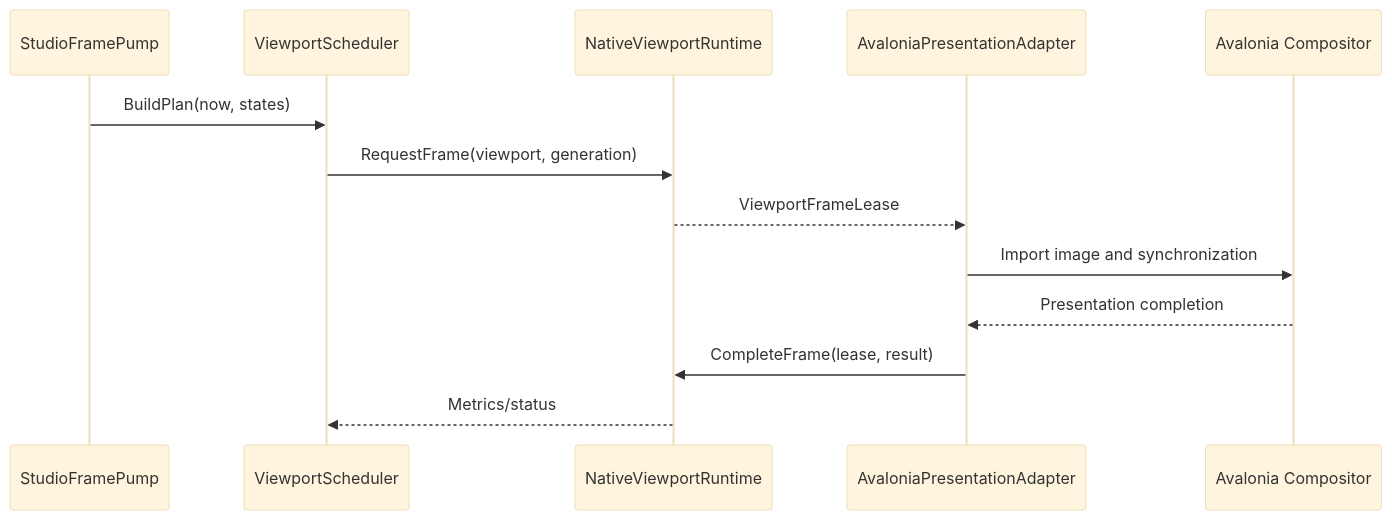
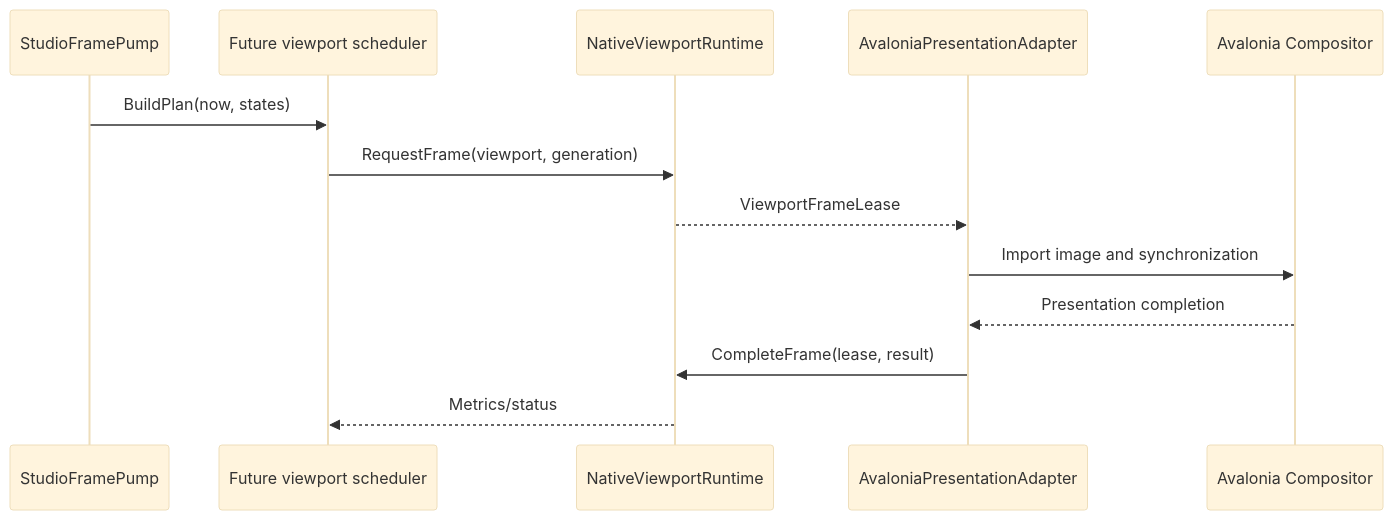
Before and after one commit to 66six11/Engine: the diagram in apps/studio/docs/architecture/viewport-rendering.md, drawn with Mermaid (base theme). The commit also changed other lines of this file and 691 other files, not shown here.

Commit message:
feat: hard cut studio architecture

````diff
--- a/apps/studio/docs/architecture/viewport-rendering.md
+++ b/apps/studio/docs/architecture/viewport-rendering.md
@@ -210,16 +188,16 @@
 ```mermaid
 sequenceDiagram
     participant Pump as StudioFramePump
-    participant Scheduler as ViewportScheduler
+    participant Scheduler as Future viewport scheduler
     participant Native as NativeViewportRuntime
     participant Adapter as AvaloniaPresentationAdapter
     participant Compositor as Avalonia Compositor
 
     Pump->>Scheduler: BuildPlan(now, states)
     Scheduler->>Native: RequestFrame(viewport, generation)
     Native-->>Adapter: ViewportFrameLease
     Adapter->>Compositor: Import image and synchronization
     Compositor-->>Adapter: Presentation completion
     Adapter->>Native: CompleteFrame(lease, result)
     Native-->>Scheduler: Metrics/status
 ```
````
